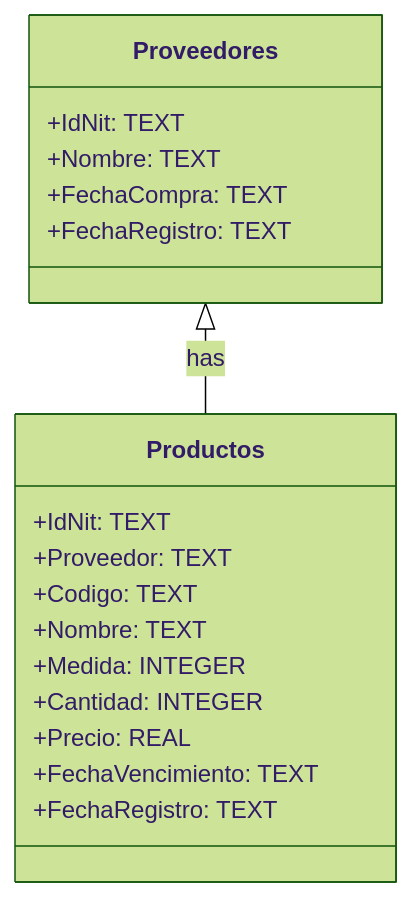
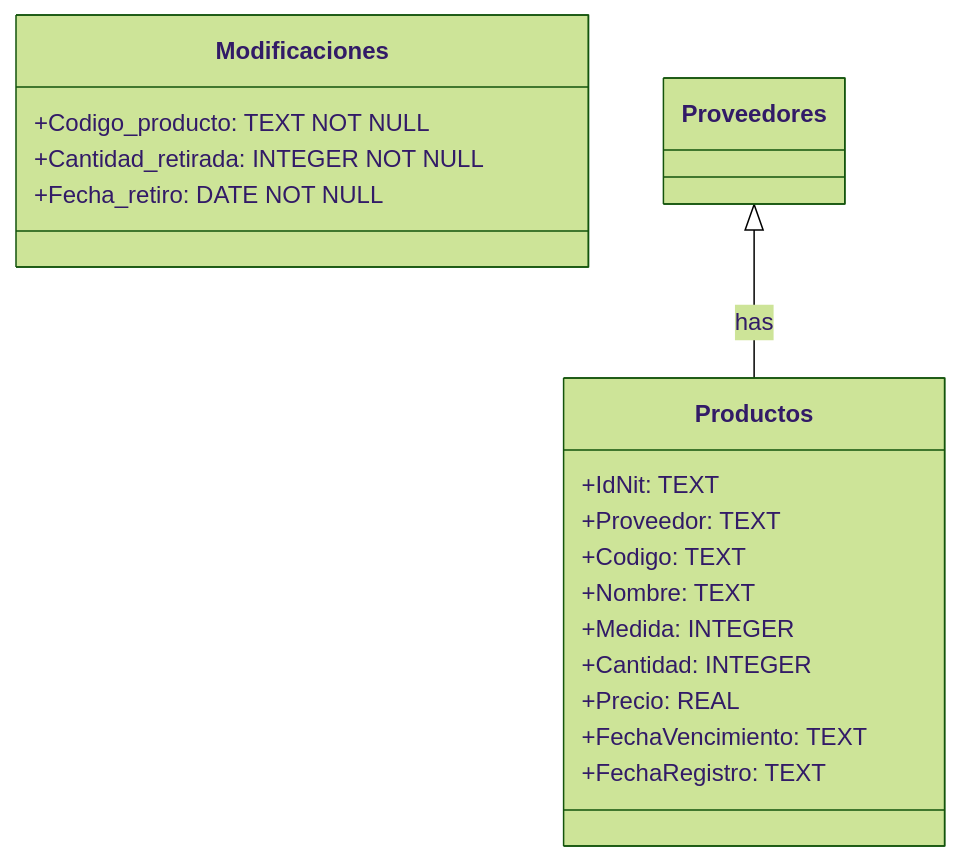
Before and after one commit to MariaAleja05/IndusStock: the second of 3 diagrams in README.md, drawn with Mermaid (forest theme).

````diff
--- a/README.md
+++ b/README.md
@@ -105,23 +105,22 @@
 ```mermaid
 classDiagram
-    class Proveedores {
-        +IdNit: TEXT
-        +Nombre: TEXT
-        +FechaCompra: TEXT
-        +FechaRegistro: TEXT
+    class Modificaciones {
+        +Codigo_producto: TEXT NOT NULL
+        +Cantidad_retirada: INTEGER NOT NULL
+        +Fecha_retiro: DATE NOT NULL
     }
 
     class Productos {
         +IdNit: TEXT
         +Proveedor: TEXT
         +Codigo: TEXT
         +Nombre: TEXT
         +Medida: INTEGER
         +Cantidad: INTEGER
         +Precio: REAL
         +FechaVencimiento: TEXT
         +FechaRegistro: TEXT
     }
 
     Proveedores <|-- Productos: has
 ```
````
